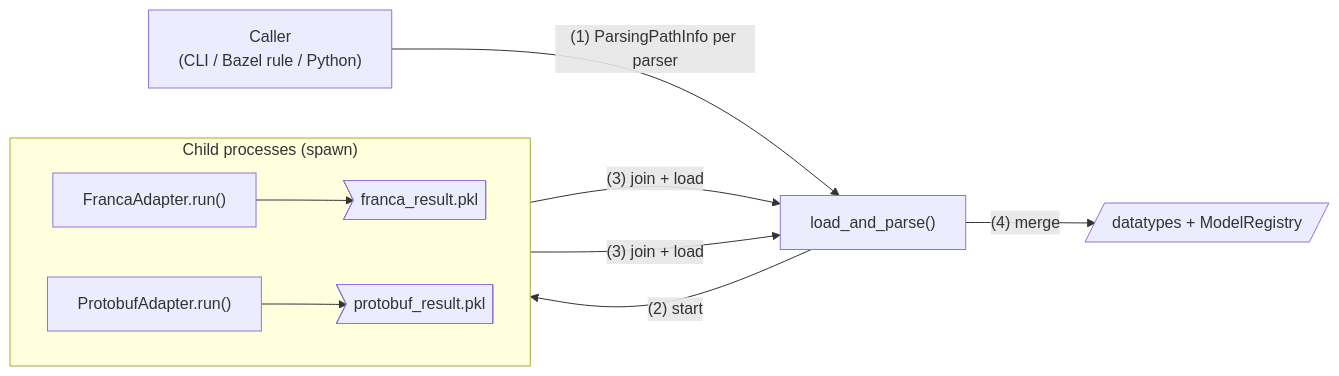
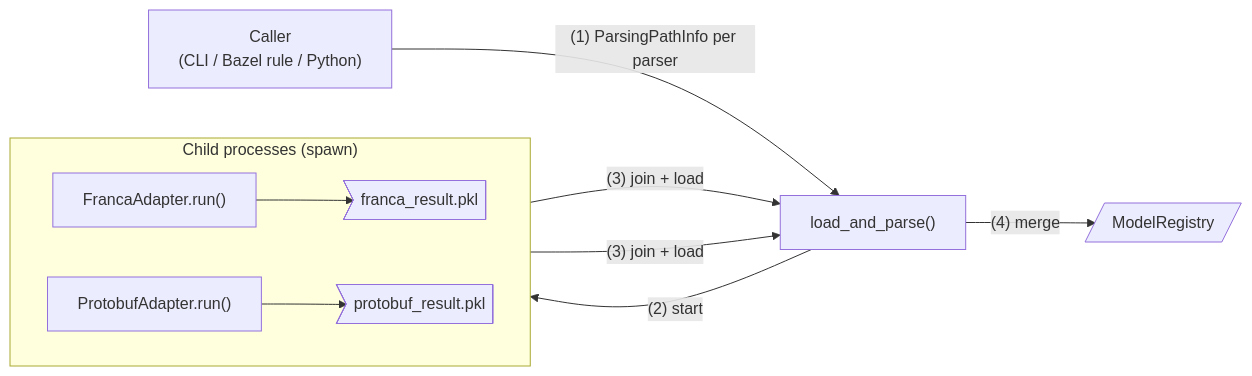
Before and after one commit to eclipse-score/inc_ecu_model: the first of 2 diagrams in score/orchestrator/README.md, drawn with Mermaid. The commit also changed other lines of this file and 23 other files, not shown here.

````diff
--- a/score/orchestrator/README.md
+++ b/score/orchestrator/README.md
@@ -30,13 +30,13 @@
 ```mermaid
 graph LR
   Caller["Caller<br/>(CLI / Bazel rule / Python)"] -->|"(1) ParsingPathInfo per parser"| Dispatch["load_and_parse()"]
   subgraph Children["Child processes (spawn)"]
     direction LR
     Franca["FrancaAdapter.run()"] --> FrancaPickle>"franca_result.pkl"]
     Protobuf["ProtobufAdapter.run()"] --> ProtobufPickle>"protobuf_result.pkl"]
   end
   Dispatch -->|"(2) start"| Children
   FrancaPickle -->|"(3) join + load"| Dispatch
   ProtobufPickle -->|"(3) join + load"| Dispatch
-  Dispatch -->|"(4) merge"| Model[/"datatypes + ModelRegistry"/]
+  Dispatch -->|"(4) merge"| Model[/"ModelRegistry"/]
 ```
````
